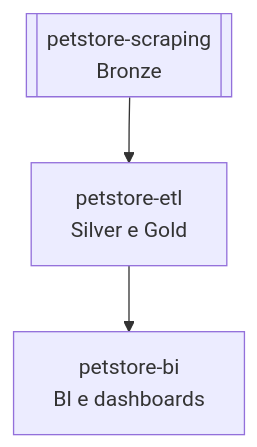
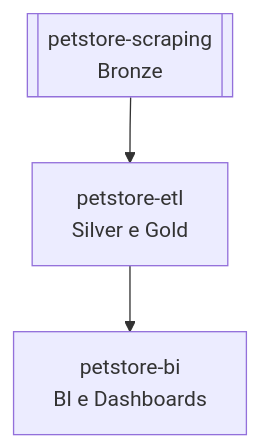
Before and after one commit to rafa-trindade/petstore-scraping: the diagram in README.MD, drawn with Mermaid.

````diff
--- a/README.MD
+++ b/README.MD
@@ -35,5 +35,5 @@
 ```mermaid
 graph TD
     A[[petstore-scraping<br>Bronze]] --> B[petstore-etl<br>Silver e Gold]
-    B --> C[petstore-bi<br>BI e dashboards]
+    B --> C[petstore-bi<br>BI e Dashboards]
 ```
````
